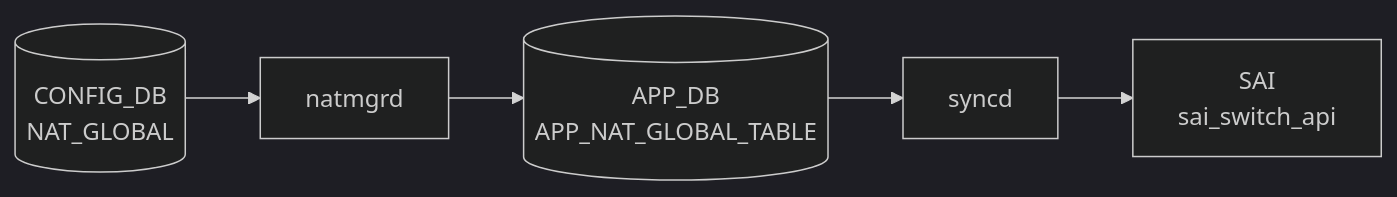
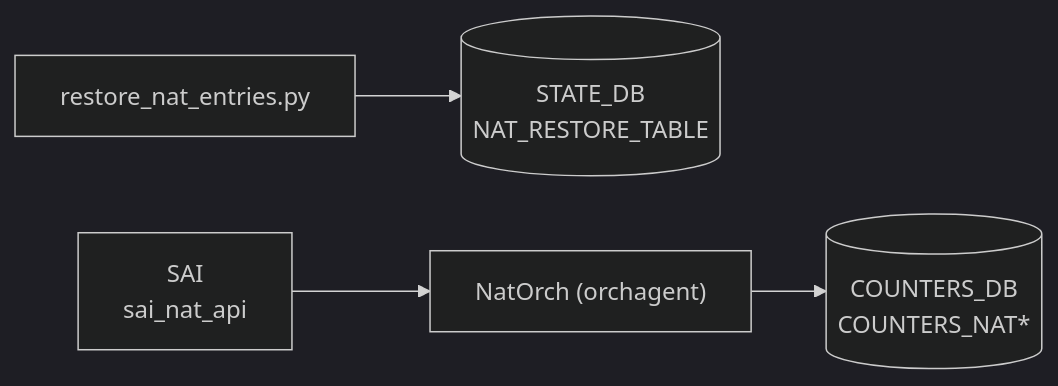
The diagram in docs/reference/config-db/nat-state.md (aoki-taquan/sonic-unofficial-docs), drawn with Mermaid (dark theme) before and after one commit. The commit also changed 3 other files, not shown here.

First line of the commit message:
review: batch 097 NAT docs — fix mermaid table refs and nat_type default ambiguity

````diff
--- a/docs/reference/config-db/nat-state.md
+++ b/docs/reference/config-db/nat-state.md
@@ -44,12 +44,11 @@
 ```mermaid
 flowchart LR
-  CDB[("CONFIG_DB<br/>NAT_GLOBAL")]
-  DM["natmgrd"]
-  CDB --> DM
-  APPDB[("APP_DB<br/>APP_NAT_GLOBAL_TABLE")]
-  DM --> APPDB
-  SYNCD["syncd"]
-  APPDB --> SYNCD
-  SAI["SAI<br/>sai_switch_api"]
-  SYNCD --> SAI
+  SDB[("STATE_DB<br/>NAT_RESTORE_TABLE")]
+  RES["restore_nat_entries.py"]
+  RES --> SDB
+  CDB[("COUNTERS_DB<br/>COUNTERS_NAT*")]
+  ORCH["NatOrch (orchagent)"]
+  SAI["SAI<br/>sai_nat_api"]
+  SAI --> ORCH
+  ORCH --> CDB
 ```
````
